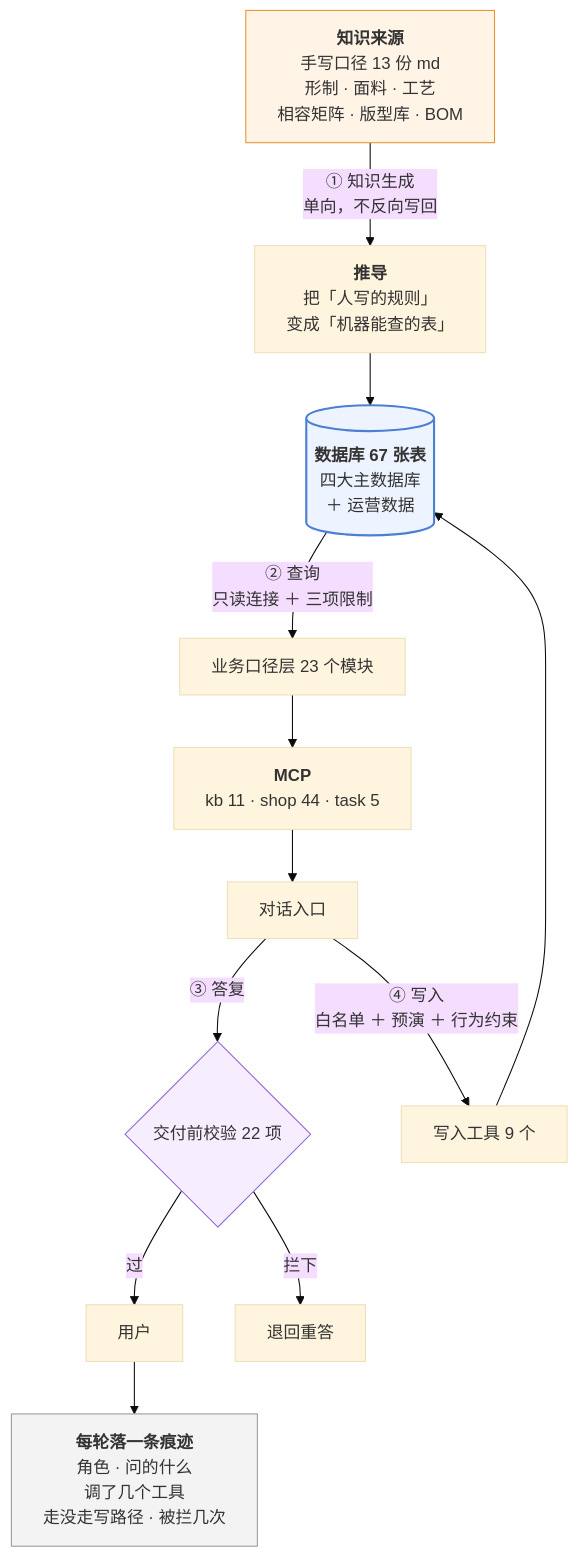
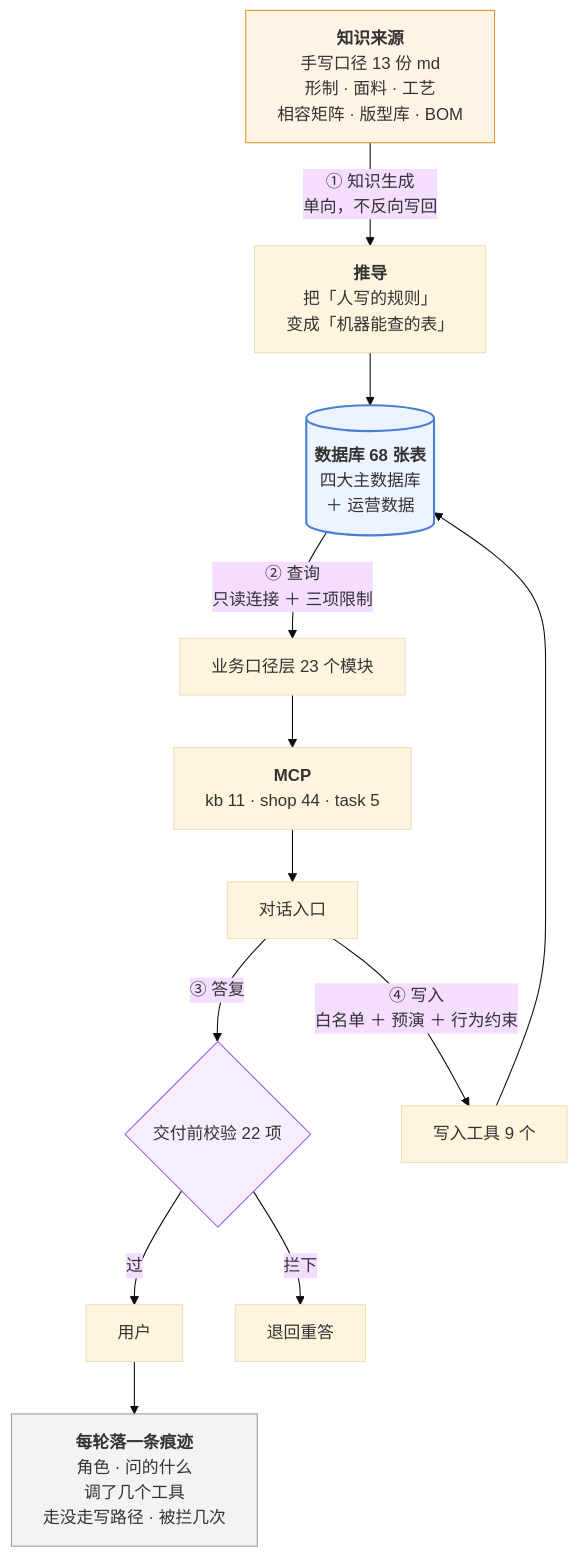
Before and after one commit to 843773296-rgb/lanxiu-yunshang-agent: the third of 4 diagrams in 澜绣云裳agent-产品需求文档.md, drawn with Mermaid (base theme). The commit also changed other lines of this file and 5 other files, not shown here.

````diff
--- a/澜绣云裳agent-产品需求文档.md
+++ b/澜绣云裳agent-产品需求文档.md
@@ -376,24 +376,24 @@
 ```mermaid
 flowchart TD
     MD["<b>知识来源</b><br/>手写口径 13 份 md<br/>形制 · 面料 · 工艺<br/>相容矩阵 · 版型库 · BOM"]
     MD -->|"① 知识生成<br/>单向，不反向写回"| DV["<b>推导</b><br/>把「人写的规则」<br/>变成「机器能查的表」"]
-    DV --> DB[("<b>数据库 67 张表</b><br/>四大主数据库<br/>＋ 运营数据")]
+    DV --> DB[("<b>数据库 68 张表</b><br/>四大主数据库<br/>＋ 运营数据")]
 
     DB -->|"② 查询<br/>只读连接 ＋ 三项限制"| KJ["业务口径层 23 个模块"]
     KJ --> MCP["<b>MCP</b><br/>kb 11 · shop 44 · task 5"]
     MCP --> LLM["对话入口"]
 
     LLM -->|"③ 答复"| GD{"交付前校验 22 项"}
     GD -- 过 --> U["用户"]
     GD -- 拦下 --> RE["退回重答"]
 
     LLM -->|"④ 写入<br/>白名单 ＋ 预演 ＋ 行为约束"| W["写入工具 9 个"]
     W --> DB
 
     U --> TR["<b>每轮落一条痕迹</b><br/>角色 · 问的什么<br/>调了几个工具<br/>走没走写路径 · 被拦几次"]
 
     style MD fill:#fff4e6,stroke:#e8912d
     style DB fill:#eef4ff,stroke:#4a7fd4,stroke-width:2px
     style GD fill:#f6eeff,stroke:#8b5cd6
     style TR fill:#f3f3f3,stroke:#999
 ```
````
